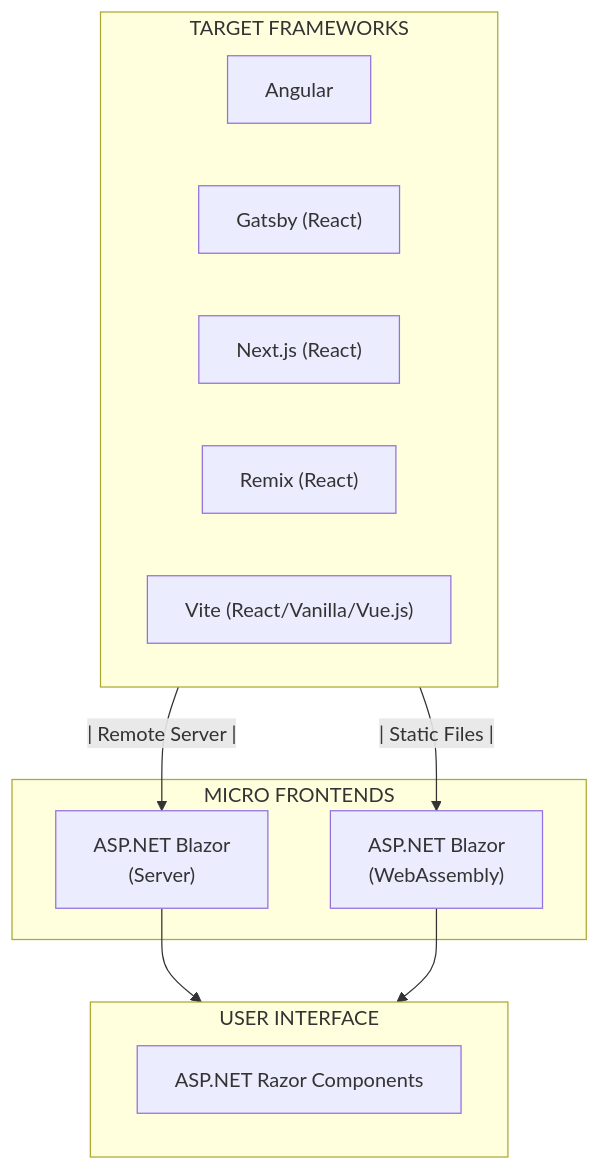
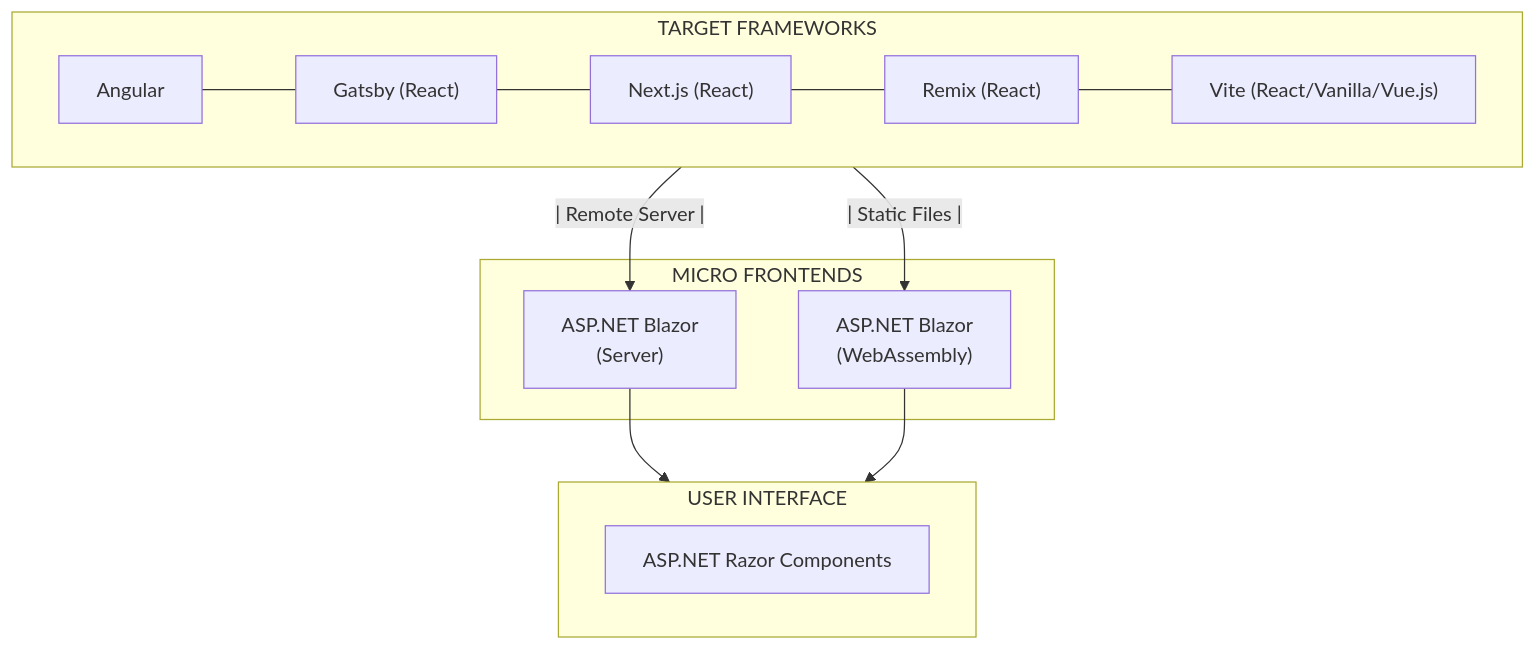
Before and after one commit to 2and4/blazor-micro-frontends: the diagram in ARCHITECTURE.md, drawn with Mermaid. The commit also changed 31 other files, not shown here.

````diff
--- a/ARCHITECTURE.md
+++ b/ARCHITECTURE.md
@@ -1,32 +1,34 @@
 ```mermaid
 graph TD
 FRAMEWORK_ANGULAR["Angular"]
 FRAMEWORK_GATSBY["Gatsby (React)"]
 FRAMEWORK_NEXTJS["Next.js (React)"]
 FRAMEWORK_REMIX["Remix (React)"]
 FRAMEWORK_VITE["Vite (React/Vanilla/Vue.js)"]
 
 BLAZOR_MICRO_FRONTENDS_SERVER["ASP.NET Blazor</br>(Server)"]
 BLAZOR_MICRO_FRONTENDS_WASM["ASP.NET Blazor</br>(WebAssembly)"]
 BLAZOR_RAZOR_COMPONENTS["ASP.NET Razor Components"]
 
 subgraph LAYER_FRAMEWORKS["TARGET FRAMEWORKS"]
-    FRAMEWORK_REMIX
-    FRAMEWORK_NEXTJS
     FRAMEWORK_ANGULAR
     FRAMEWORK_GATSBY
+    FRAMEWORK_NEXTJS
+    FRAMEWORK_REMIX
     FRAMEWORK_VITE
+
+    FRAMEWORK_ANGULAR---FRAMEWORK_GATSBY---FRAMEWORK_NEXTJS---FRAMEWORK_REMIX---FRAMEWORK_VITE
 end
 subgraph LAYER_MICRO_FRONTENDS["MICRO FRONTENDS"]
     BLAZOR_MICRO_FRONTENDS_WASM
     BLAZOR_MICRO_FRONTENDS_SERVER
 end
 subgraph LAYER_UI["USER INTERFACE"]
     BLAZOR_RAZOR_COMPONENTS
 end
 
 LAYER_FRAMEWORKS-->|"| Remote Server |"|BLAZOR_MICRO_FRONTENDS_SERVER
 LAYER_FRAMEWORKS-->|"| Static Files |"|BLAZOR_MICRO_FRONTENDS_WASM
 BLAZOR_MICRO_FRONTENDS_SERVER-->LAYER_UI
 BLAZOR_MICRO_FRONTENDS_WASM-->LAYER_UI
 ```
````
